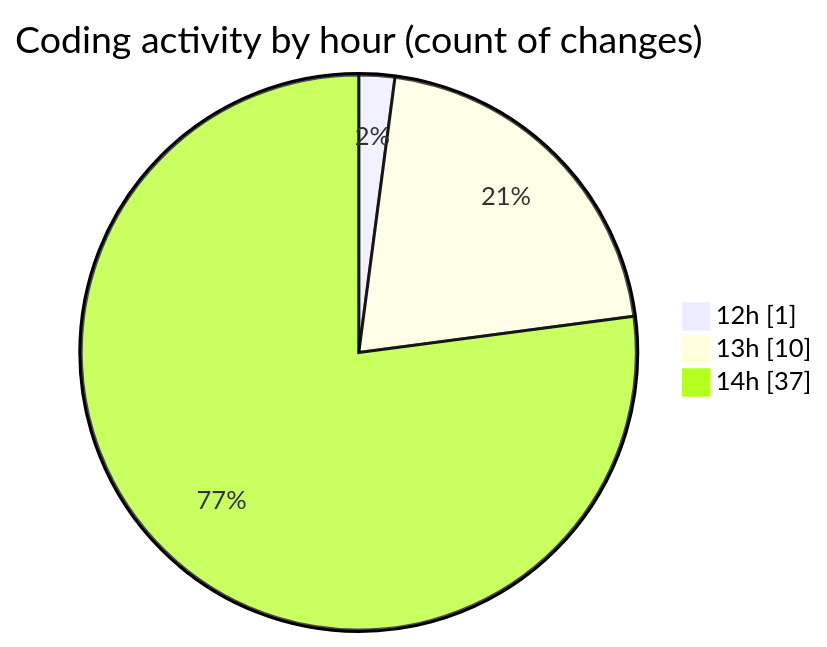
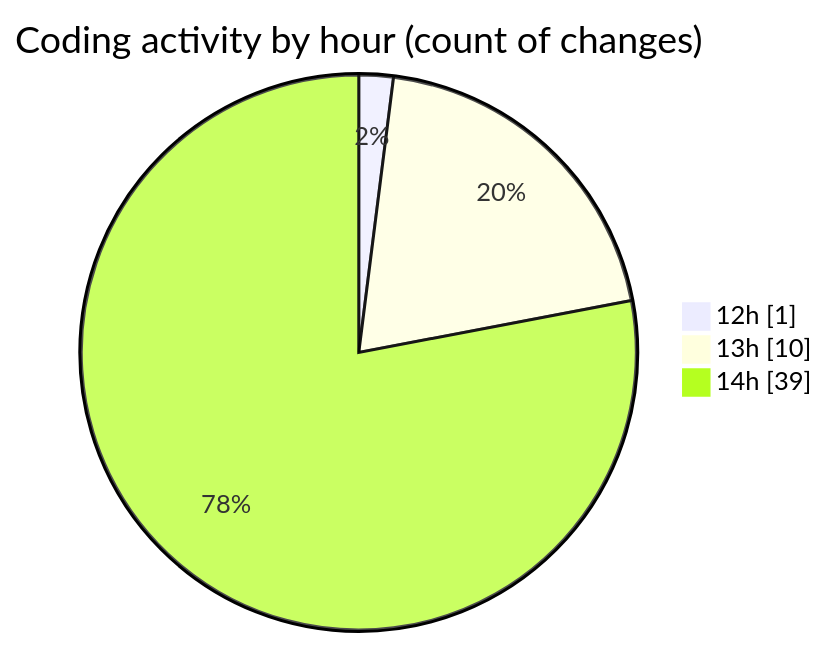
The second of 2 diagrams in 2025-04-29/uhigh-lang/README.md (charlie-sans/code-tracking), drawn with Mermaid before and after one commit. The commit also changed other lines of this file and 1 other file, not shown here.

````diff
--- a/2025-04-29/uhigh-lang/README.md
+++ b/2025-04-29/uhigh-lang/README.md
@@ -37,7 +37,7 @@
 ```mermaid
 pie showData
 title Coding activity by hour (count of changes)
 "12h" : 1
 "13h" : 10
-"14h" : 37
+"14h" : 39
 ```
````
